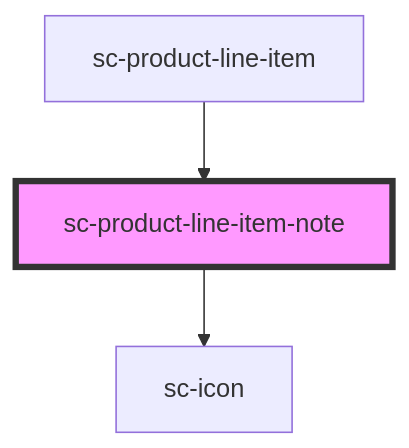
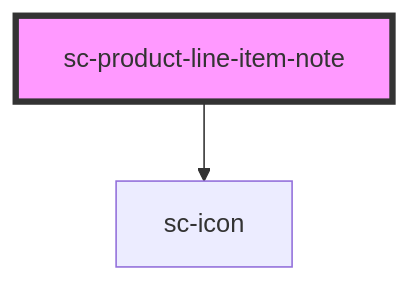
The diagram in packages/components/src/components/ui/product-line-item-note/readme.md (surecart/surecart-wp-plugin), drawn with Mermaid before and after one commit. The commit also changed other lines of this file and 11 other files, not shown here.

First line of the commit message:
feat(product-line-item): merge bundle components and note into collapsible details

````diff
--- a/packages/components/src/components/ui/product-line-item-note/readme.md
+++ b/packages/components/src/components/ui/product-line-item-note/readme.md
@@ -33,6 +29,5 @@
 ```mermaid
 graph TD;
   sc-product-line-item-note --> sc-icon
-  sc-product-line-item --> sc-product-line-item-note
   style sc-product-line-item-note fill:#f9f,stroke:#333,stroke-width:4px
 ```
````
